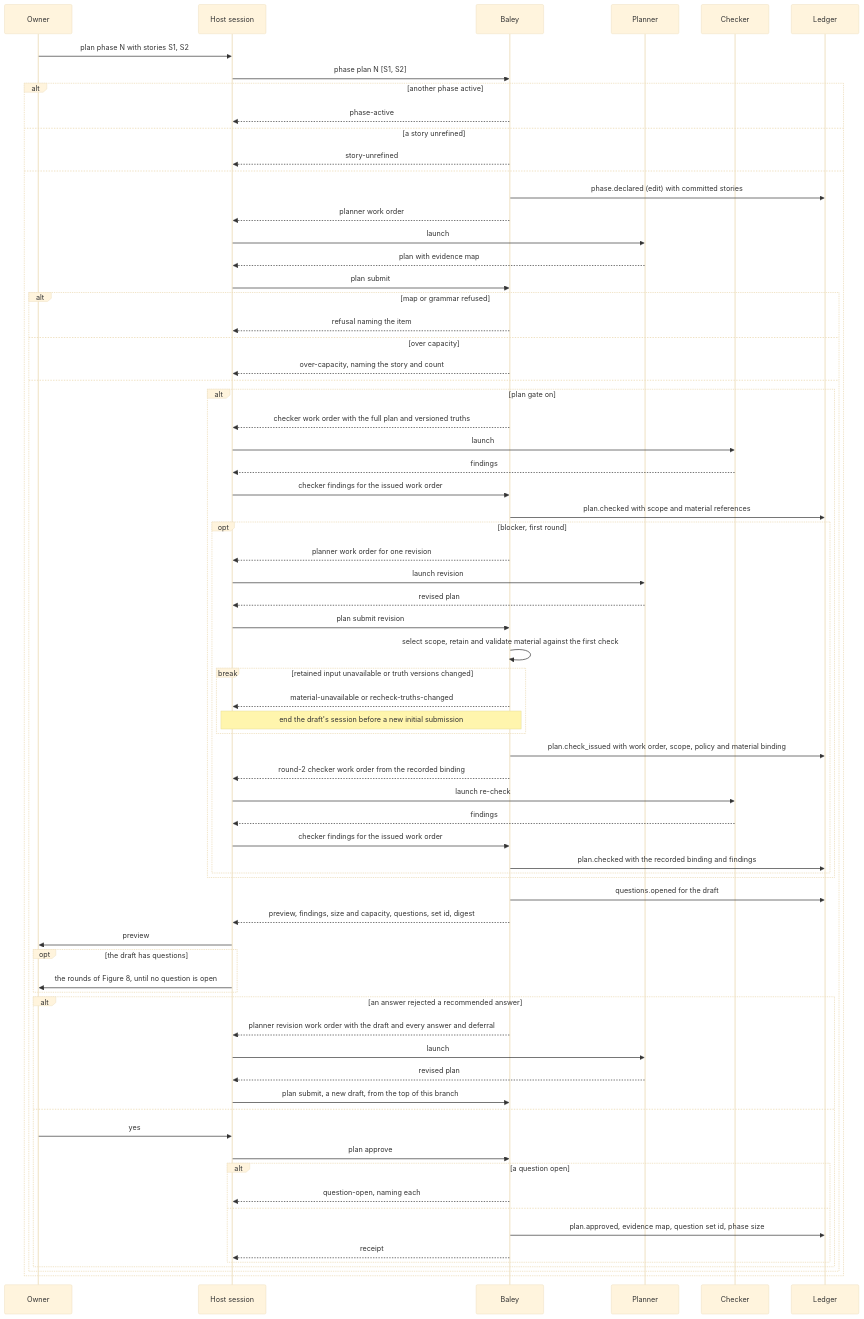
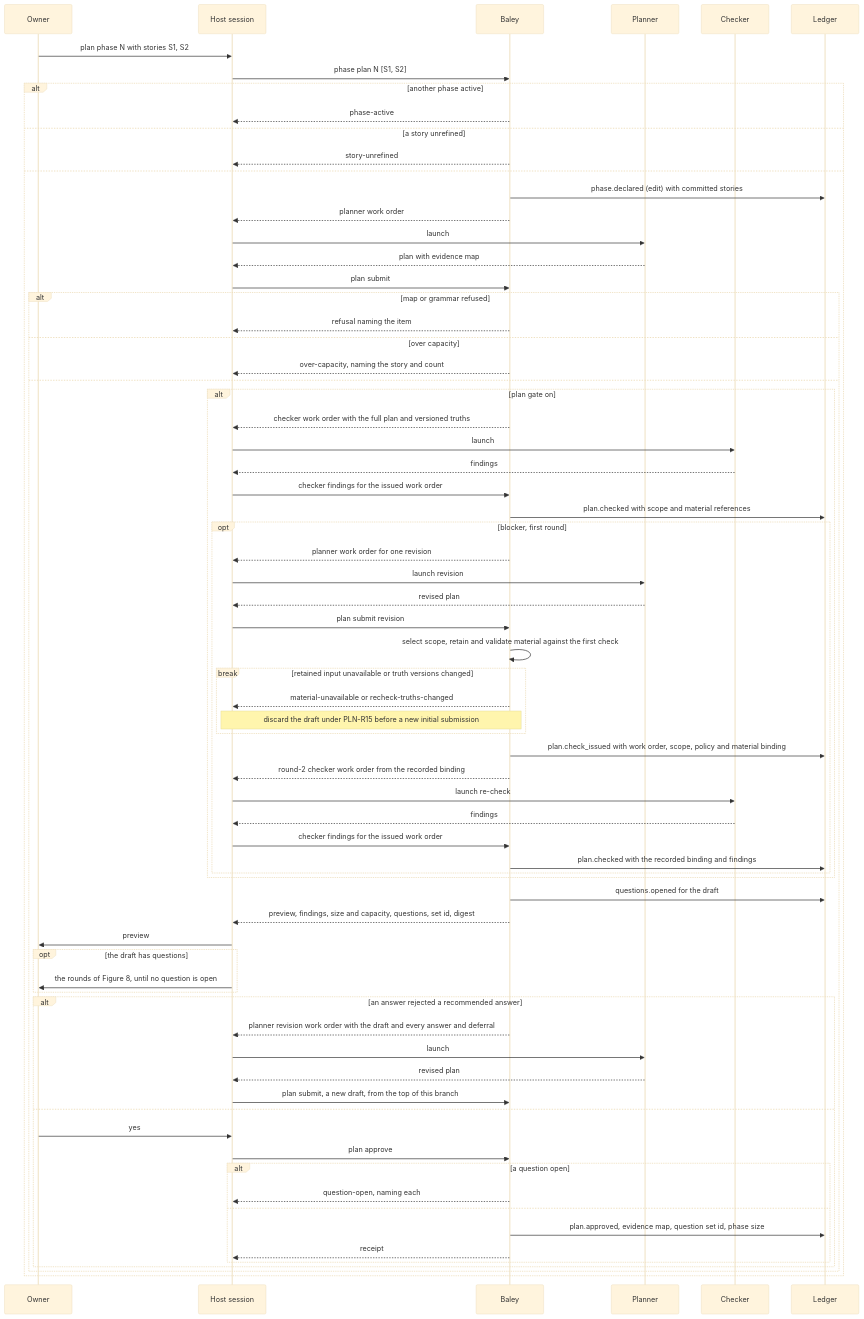
One commit to crenshawdev/baley changed the sixth of 8 diagrams in docs/design/0005-context-plans-and-acceptance.md. Above: the diagram before and after it, drawn with Mermaid (base theme). The commit also changed other lines of this file and 3 other files, not shown here.

````diff
--- a/docs/design/0005-context-plans-and-acceptance.md
+++ b/docs/design/0005-context-plans-and-acceptance.md
@@ -455,73 +455,73 @@
 ```mermaid
 sequenceDiagram
   participant O as Owner
   participant H as Host session
   participant B as Baley
   participant P as Planner
   participant C as Checker
   participant L as Ledger
   O->>H: plan phase N with stories S1, S2
   H->>B: phase plan N [S1, S2]
   alt another phase active
     B-->>H: phase-active
   else a story unrefined
     B-->>H: story-unrefined
   else
     B->>L: phase.declared (edit) with committed stories
     B-->>H: planner work order
     H->>P: launch
     P-->>H: plan with evidence map
     H->>B: plan submit
     alt map or grammar refused
       B-->>H: refusal naming the item
     else over capacity
       B-->>H: over-capacity, naming the story and count
     else
       alt plan gate on
         B-->>H: checker work order with the full plan and versioned truths
         H->>C: launch
         C-->>H: findings
         H->>B: checker findings for the issued work order
         B->>L: plan.checked with scope and material references
         opt blocker, first round
           B-->>H: planner work order for one revision
           H->>P: launch revision
           P-->>H: revised plan
           H->>B: plan submit revision
           B->>B: select scope, retain and validate material against the first check
           break retained input unavailable or truth versions changed
             B-->>H: material-unavailable or recheck-truths-changed
-            Note over H,B: end the draft's session before a new initial submission
+            Note over H,B: discard the draft under PLN-R15 before a new initial submission
           end
           B->>L: plan.check_issued with work order, scope, policy and material binding
           B-->>H: round-2 checker work order from the recorded binding
           H->>C: launch re-check
           C-->>H: findings
           H->>B: checker findings for the issued work order
           B->>L: plan.checked with the recorded binding and findings
         end
       end
       B->>L: questions.opened for the draft
       B-->>H: preview, findings, size and capacity, questions, set id, digest
       H->>O: preview
       opt the draft has questions
         H->>O: the rounds of Figure 8, until no question is open
       end
       alt an answer rejected a recommended answer
         B-->>H: planner revision work order with the draft and every answer and deferral
         H->>P: launch
         P-->>H: revised plan
         H->>B: plan submit, a new draft, from the top of this branch
       else
         O->>H: yes
         H->>B: plan approve
         alt a question open
           B-->>H: question-open, naming each
         else
           B->>L: plan.approved, evidence map, question set id, phase size
           B-->>H: receipt
         end
       end
     end
   end
 ```
````
